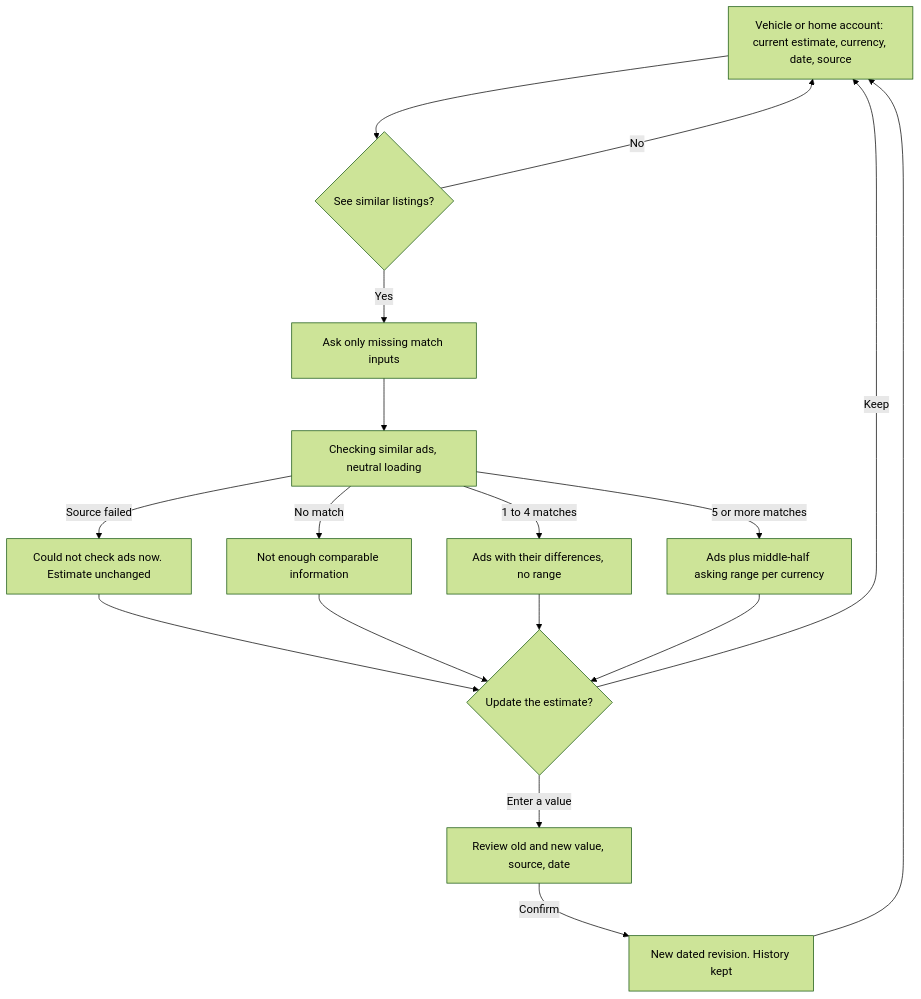
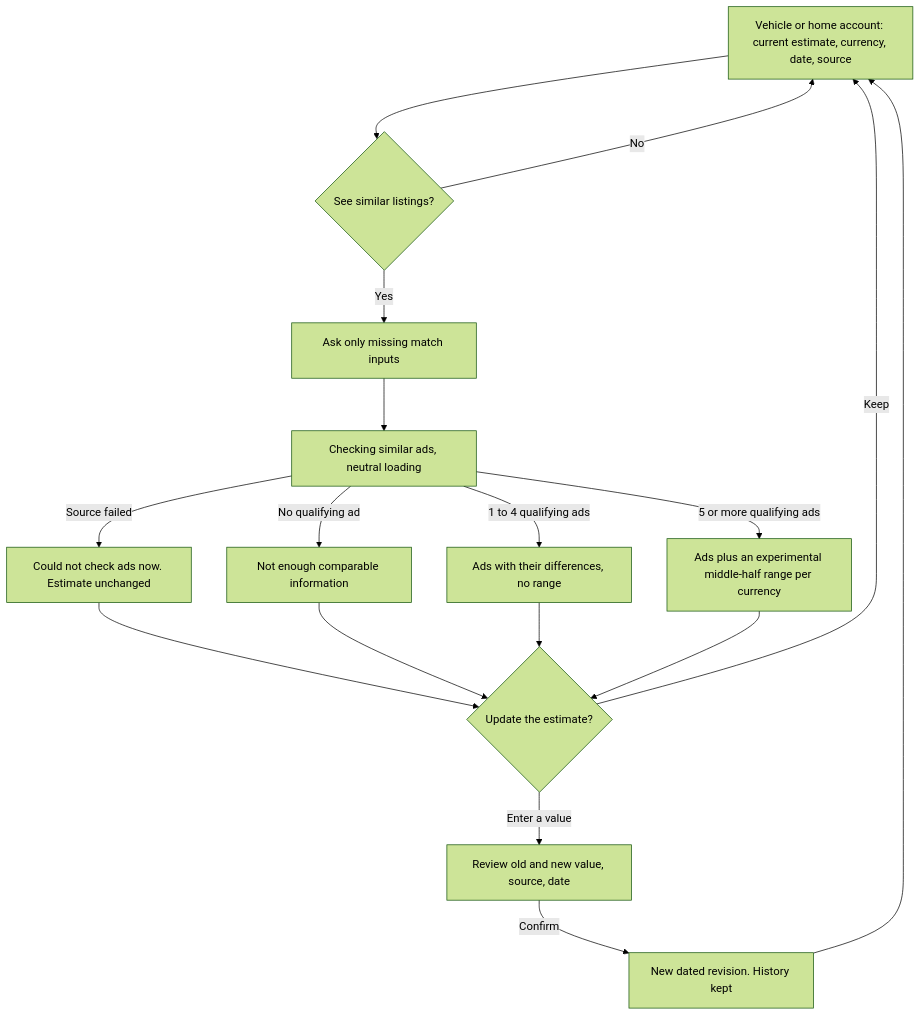
One commit to lagarcess/argus changed the first of 2 diagrams in docs/reports/asset-listing-enrichment-feasibility.md. Above: the diagram before and after it, drawn with Mermaid (forest theme). The commit also changed other lines of this file and 3 other files, not shown here.

First line of the commit message:
docs(reports): separate reuse from access and mark the range rule experimental

````diff
--- a/docs/reports/asset-listing-enrichment-feasibility.md
+++ b/docs/reports/asset-listing-enrichment-feasibility.md
@@ -140,19 +175,19 @@
 ```mermaid
 flowchart TD
     A["Vehicle or home account: current estimate, currency, date, source"] --> B{"See similar listings?"}
     B -- "No" --> A
     B -- "Yes" --> C["Ask only missing match inputs"]
     C --> D["Checking similar ads, neutral loading"]
     D -- "Source failed" --> E["Could not check ads now. Estimate unchanged"]
-    D -- "No match" --> F["Not enough comparable information"]
-    D -- "1 to 4 matches" --> G["Ads with their differences, no range"]
-    D -- "5 or more matches" --> H["Ads plus middle-half asking range per currency"]
+    D -- "No qualifying ad" --> F["Not enough comparable information"]
+    D -- "1 to 4 qualifying ads" --> G["Ads with their differences, no range"]
+    D -- "5 or more qualifying ads" --> H["Ads plus an experimental middle-half range per currency"]
     E --> I{"Update the estimate?"}
     F --> I
     G --> I
     H --> I
     I -- "Keep" --> A
     I -- "Enter a value" --> J["Review old and new value, source, date"]
     J -- "Confirm" --> K["New dated revision. History kept"]
     K --> A
 ```
````
